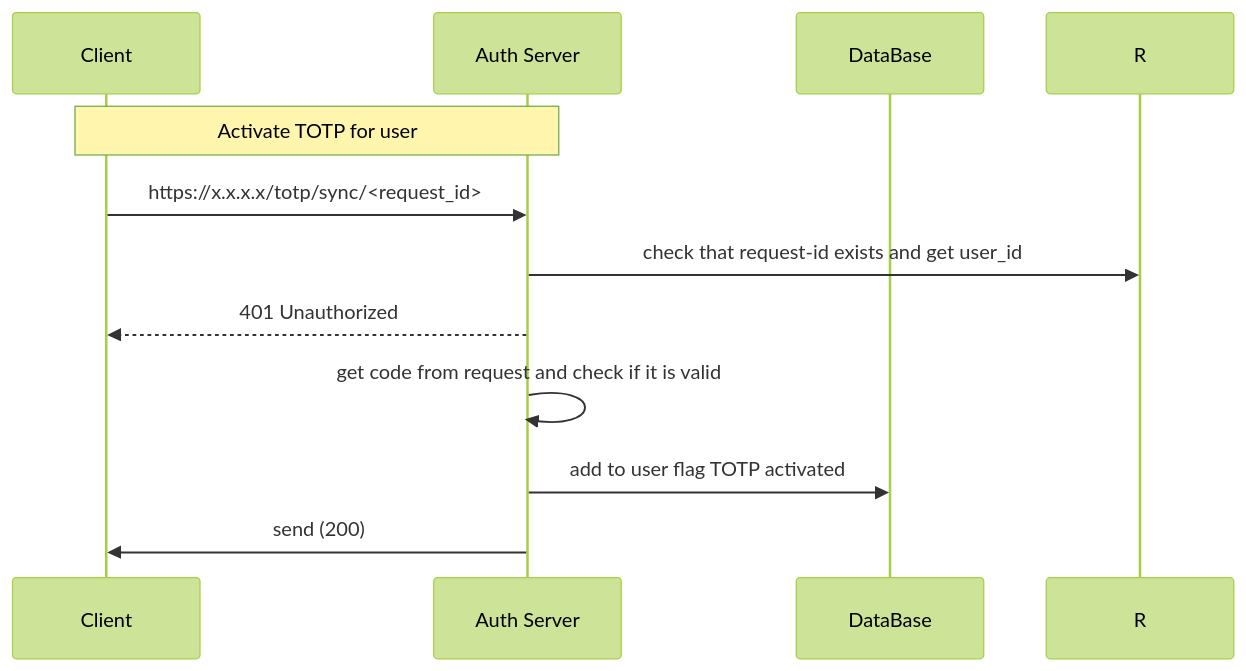
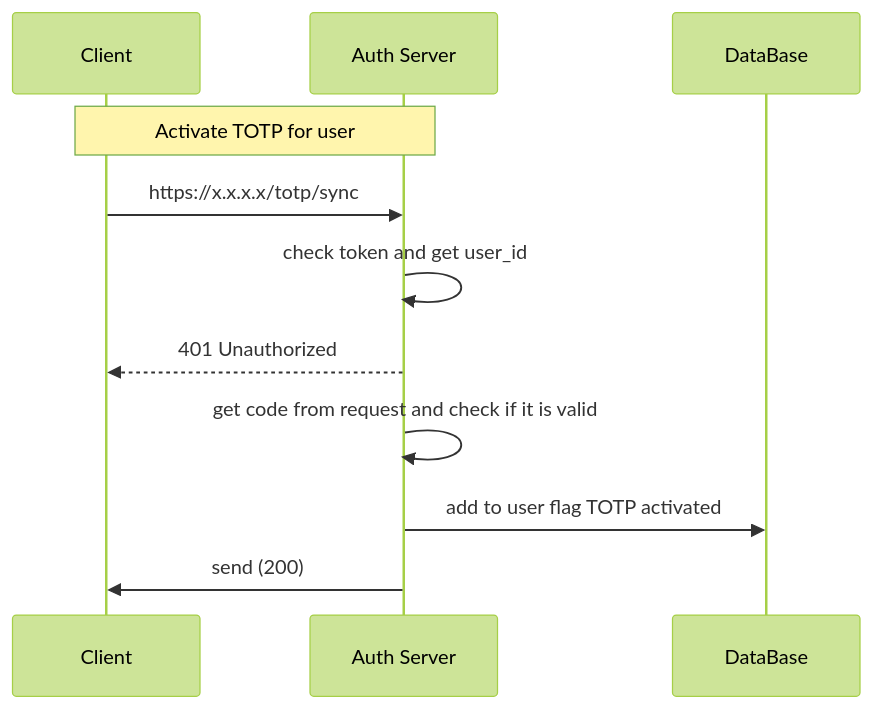
The second of 3 diagrams in Docs/3_social/3_TOTP.md (veselij/Auth_sprint_6_team_5), drawn with Mermaid (forest theme) before and after one commit. The commit also changed other lines of this file and 16 other files, not shown here.

````diff
--- a/Docs/3_social/3_TOTP.md
+++ b/Docs/3_social/3_TOTP.md
@@ -25,13 +26,13 @@
 ```mermaid
 sequenceDiagram
 	participant C as Client  
 	participant S as Auth Server
 	participant D as DataBase
 	Note over C, S: Activate TOTP for user
-	C->>S: https://x.x.x.x/totp/sync/<request_id>
-    S->>R: check that request-id exists and get user_id
+	C->>S: https://x.x.x.x/totp/sync
+    S->>S: check token and get user_id
 	S-->>C: 401 Unauthorized
     S->>S: get code from request and check if it is valid
     S->>D: add to user flag TOTP activated
     S->>C: send (200)
 ```
````
